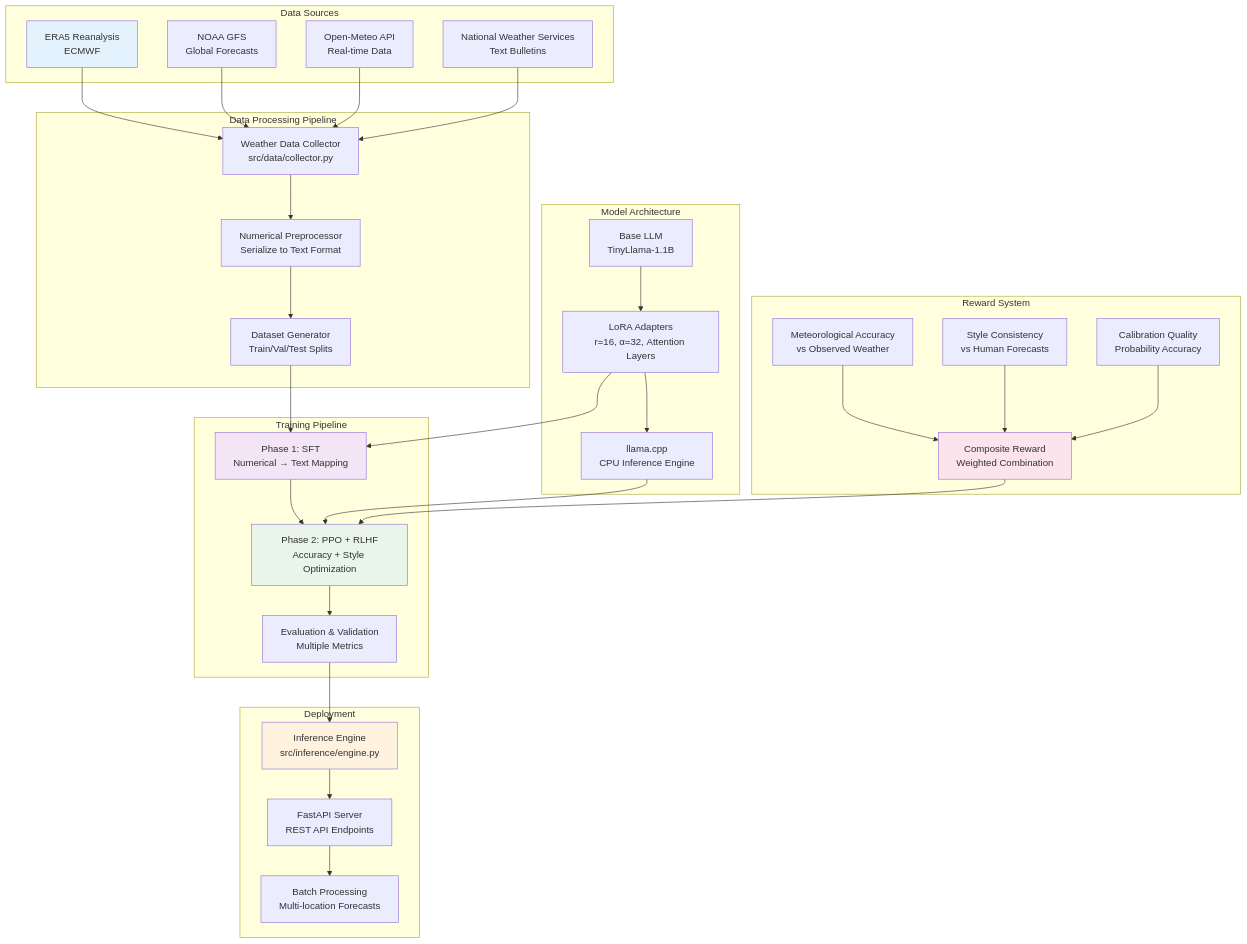
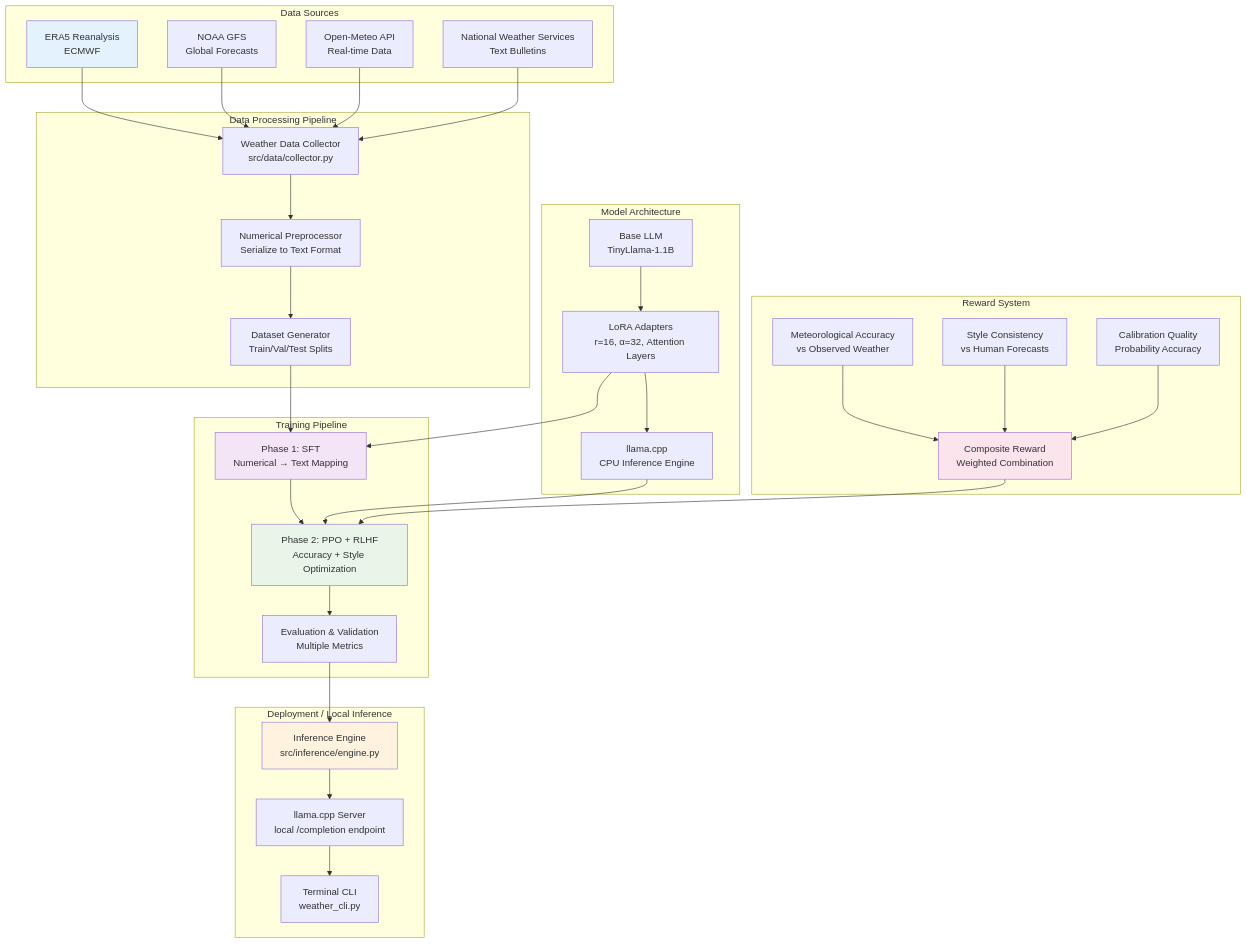
One commit to ashioyajotham/weather_forecasting_lora changed the first of 3 diagrams in README.md. Above: the diagram before and after it, drawn with Mermaid. The commit also changed other lines of this file and 10 other files, not shown here.

````diff
--- a/README.md
+++ b/README.md
@@ -41,63 +55,63 @@
 ```mermaid
 flowchart TD
     subgraph "Data Sources"
         A1[ERA5 Reanalysis<br/>ECMWF] 
         A2[NOAA GFS<br/>Global Forecasts]
         A3[Open-Meteo API<br/>Real-time Data]
         A4[National Weather Services<br/>Text Bulletins]
     end
     
     subgraph "Data Processing Pipeline"
         B1[Weather Data Collector<br/>src/data/collector.py]
         B2[Numerical Preprocessor<br/>Serialize to Text Format]
         B3[Dataset Generator<br/>Train/Val/Test Splits]
     end
     
     subgraph "Model Architecture"
         C1[Base LLM<br/>TinyLlama-1.1B]
         C2[LoRA Adapters<br/>r=16, α=32, Attention Layers]
         C3[llama.cpp<br/>CPU Inference Engine]
     end
     
     subgraph "Training Pipeline"
         D1[Phase 1: SFT<br/>Numerical → Text Mapping]
         D2[Phase 2: PPO + RLHF<br/>Accuracy + Style Optimization]
         D3[Evaluation & Validation<br/>Multiple Metrics]
     end
     
     subgraph "Reward System"
         E1[Meteorological Accuracy<br/>vs Observed Weather]
         E2[Style Consistency<br/>vs Human Forecasts]
         E3[Calibration Quality<br/>Probability Accuracy]
         E4[Composite Reward<br/>Weighted Combination]
     end
     
-    subgraph "Deployment"
+    subgraph "Deployment / Local Inference"
         F1[Inference Engine<br/>src/inference/engine.py]
-        F2[FastAPI Server<br/>REST API Endpoints]
-        F3[Batch Processing<br/>Multi-location Forecasts]
+        F2[llama.cpp Server<br/>local /completion endpoint]
+        F3[Terminal CLI<br/>weather_cli.py]
     end
     
     A1 & A2 & A3 & A4 --> B1
     B1 --> B2 --> B3
     B3 --> D1
     
     C1 --> C2
     C2 --> D1
     D1 --> D2
     C2 --> C3
     C3 --> D2
     
     E1 & E2 & E3 --> E4
     E4 --> D2
     
     D2 --> D3
     D3 --> F1
     F1 --> F2 --> F3
     
     style A1 fill:#e3f2fd
     style D1 fill:#f3e5f5
     style D2 fill:#e8f5e8
     style F1 fill:#fff3e0
     style E4 fill:#fce4ec
 ```
````
